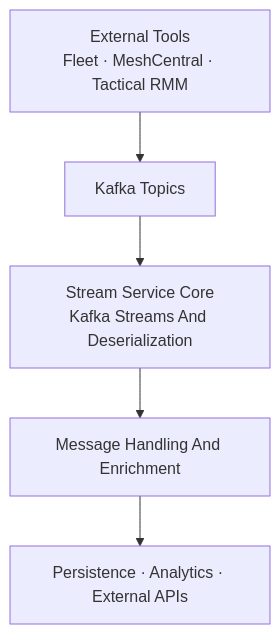
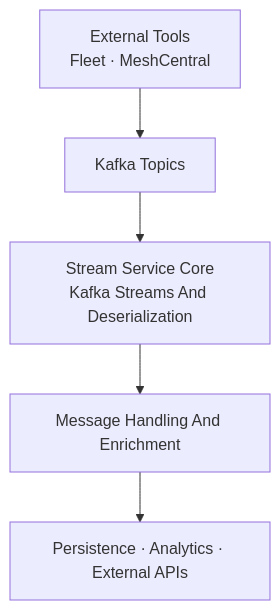
Before and after one commit to flamingo-stack/openframe-oss-tenant: the first of 5 diagrams in docs/architecture/stream-service-core-kafka-streams-and-deserialization/stream-service-core-kafka-streams-and-deserialization.md, drawn with Mermaid. The commit also changed other lines of this file and 25 other files, not shown here.

Commit message:
chore: remove all remaining references to Tactical RMM

````diff
--- a/docs/architecture/stream-service-core-kafka-streams-and-deserialization/stream-service-core-kafka-streams-and-deserialization.md
+++ b/docs/architecture/stream-service-core-kafka-streams-and-deserialization/stream-service-core-kafka-streams-and-deserialization.md
@@ -26,7 +26,7 @@
 ```mermaid
 flowchart TD
-    ExternalTools["External Tools<br/>Fleet · MeshCentral · Tactical RMM"] --> KafkaBroker["Kafka Topics"]
+    ExternalTools["External Tools<br/>Fleet · MeshCentral"] --> KafkaBroker["Kafka Topics"]
     KafkaBroker --> StreamCore["Stream Service Core<br/>Kafka Streams And Deserialization"]
     StreamCore --> MessageHandling["Message Handling And Enrichment"]
     MessageHandling --> Downstream["Persistence · Analytics · External APIs"]
 ```
````
